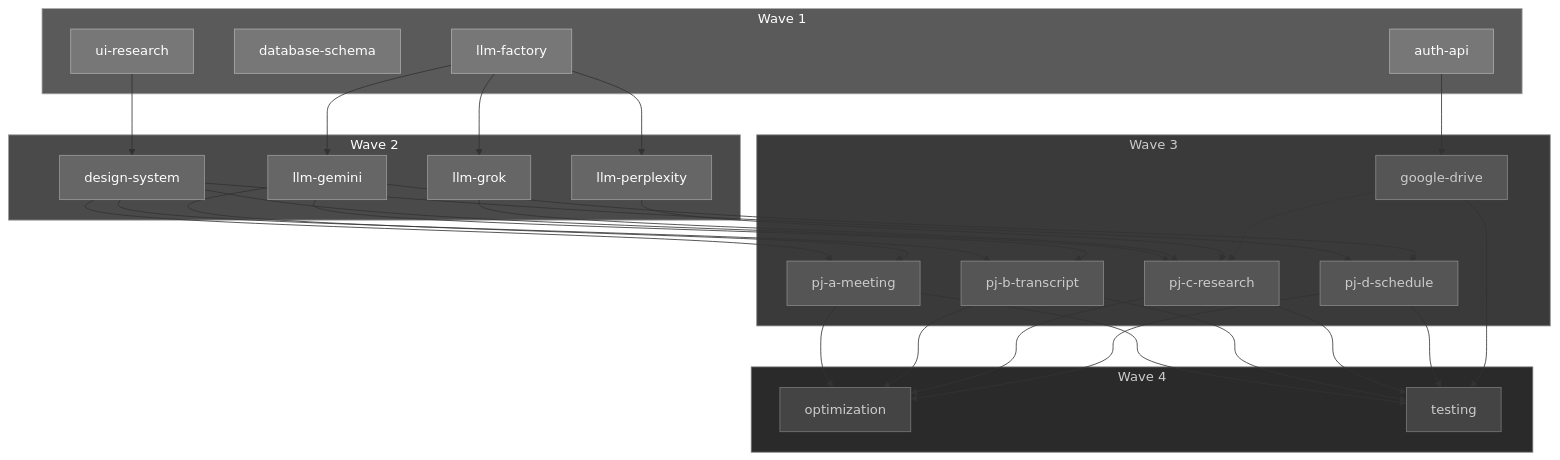
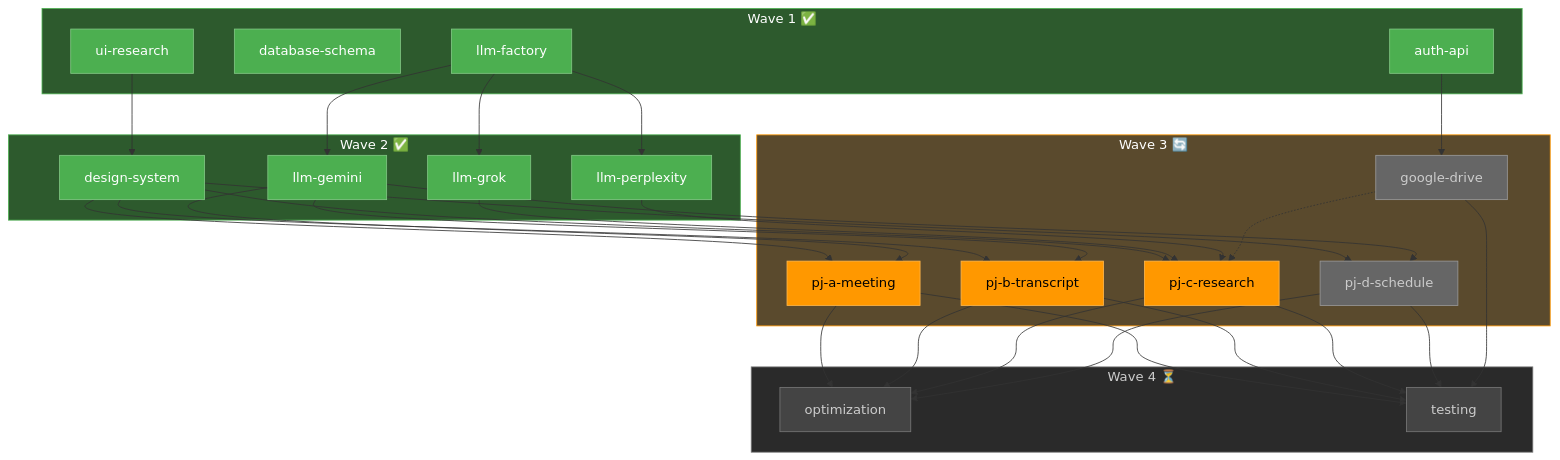
Before and after one commit to langcore-org/united-productions-web: the fifth of 5 diagrams in docs/initial_dev/agent-swarm-guide.md, drawn with Mermaid. The commit also changed other lines of this file and 31 other files, not shown here.

````diff
--- a/docs/initial_dev/agent-swarm-guide.md
+++ b/docs/initial_dev/agent-swarm-guide.md
@@ -219,64 +251,64 @@
 ```mermaid
 flowchart TB
-    subgraph W1["Wave 1"]
+    subgraph W1["Wave 1 ✅"]
         A[ui-research]
         B[database-schema]
         C[auth-api]
         D[llm-factory]
     end
     
-    subgraph W2["Wave 2"]
+    subgraph W2["Wave 2 ✅"]
         E[design-system]
         F[llm-gemini]
         G[llm-grok]
         H[llm-perplexity]
     end
     
-    subgraph W3["Wave 3"]
+    subgraph W3["Wave 3 🔄"]
         I[pj-a-meeting]
         J[pj-b-transcript]
         K[pj-c-research]
         L[pj-d-schedule]
         M[google-drive]
     end
     
-    subgraph W4["Wave 4"]
+    subgraph W4["Wave 4 ⏳"]
         N[optimization]
         O[testing]
     end
     
     A --> E
     D --> F
     D --> G
     D --> H
     
     E --> I & J & K & L
     F --> I & J & L
     G --> K
     H --> K
     C --> M
     M -.-> K
     
     I & J & K & L --> N & O
     M --> O
     
-    style W1 fill:#5a5a5a,stroke:#aaa,color:#fff
-    style W2 fill:#4a4a4a,stroke:#999,color:#fff
-    style W3 fill:#3a3a3a,stroke:#888,color:#ccc
+    style W1 fill:#2d5a2d,stroke:#4caf50,color:#fff
+    style W2 fill:#2d5a2d,stroke:#4caf50,color:#fff
+    style W3 fill:#5a4a2d,stroke:#ff9800,color:#fff
     style W4 fill:#2a2a2a,stroke:#777,color:#ccc
-    style A fill:#777,stroke:#aaa,color:#fff
-    style B fill:#777,stroke:#aaa,color:#fff
-    style C fill:#777,stroke:#aaa,color:#fff
-    style D fill:#777,stroke:#aaa,color:#fff
-    style E fill:#666,stroke:#999,color:#fff
-    style F fill:#666,stroke:#999,color:#fff
-    style G fill:#666,stroke:#999,color:#fff
-    style H fill:#666,stroke:#999,color:#fff
-    style I fill:#555,stroke:#888,color:#ccc
-    style J fill:#555,stroke:#888,color:#ccc
-    style K fill:#555,stroke:#888,color:#ccc
-    style L fill:#555,stroke:#888,color:#ccc
-    style M fill:#555,stroke:#888,color:#ccc
+    style A fill:#4caf50,stroke:#81c784,color:#fff
+    style B fill:#4caf50,stroke:#81c784,color:#fff
+    style C fill:#4caf50,stroke:#81c784,color:#fff
+    style D fill:#4caf50,stroke:#81c784,color:#fff
+    style E fill:#4caf50,stroke:#81c784,color:#fff
+    style F fill:#4caf50,stroke:#81c784,color:#fff
+    style G fill:#4caf50,stroke:#81c784,color:#fff
+    style H fill:#4caf50,stroke:#81c784,color:#fff
+    style I fill:#ff9800,stroke:#ffb74d,color:#000
+    style J fill:#ff9800,stroke:#ffb74d,color:#000
+    style K fill:#ff9800,stroke:#ffb74d,color:#000
+    style L fill:#666,stroke:#999,color:#ccc
+    style M fill:#666,stroke:#999,color:#ccc
     style N fill:#444,stroke:#777,color:#ccc
     style O fill:#444,stroke:#777,color:#ccc
 ```
````
